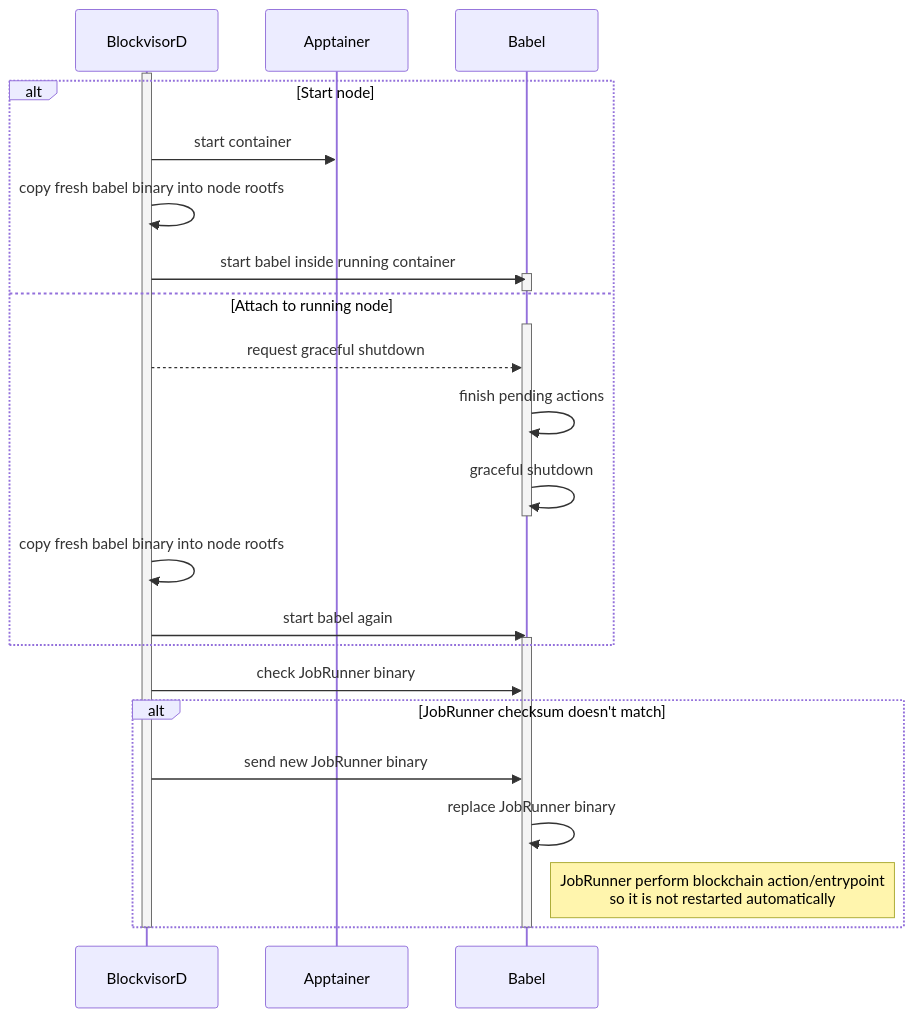
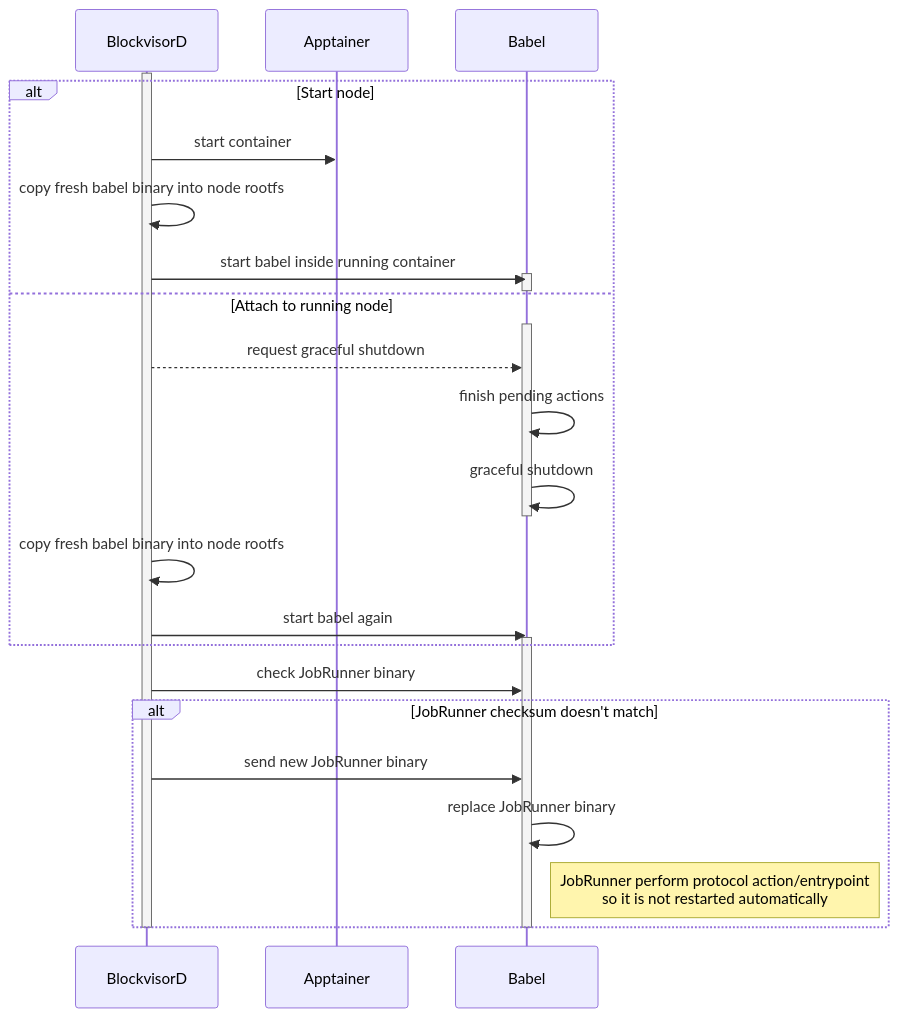
One commit to blockjoy/blockvisor changed the sixth of 6 diagrams in README.md. Above: the diagram before and after it, drawn with Mermaid. The commit also changed other lines of this file and 39 other files, not shown here.

````diff
--- a/README.md
+++ b/README.md
@@ -224,34 +224,34 @@
 ```mermaid
 sequenceDiagram
     participant bv as BlockvisorD
     participant apptainer as Apptainer
     participant babel as Babel
     
     activate bv
     alt Start node
         bv ->> apptainer: start container
         bv ->> bv: copy fresh babel binary into node rootfs
         bv ->> babel: start babel inside running container
         activate babel
     deactivate babel
     else Attach to running node
         activate babel
         bv -->> babel: request graceful shutdown
         babel ->> babel: finish pending actions
         babel ->> babel: graceful shutdown
         deactivate babel
         bv ->> bv: copy fresh babel binary into node rootfs
         bv ->> babel: start babel again
         activate babel
     end
 
     bv ->> babel: check JobRunner binary
     alt JobRunner checksum doesn't match
         bv ->> babel: send new JobRunner binary
         babel ->> babel: replace JobRunner binary
-        Note right of babel: JobRunner perform blockchain action/entrypoint<br> so it is not restarted automatically
+        Note right of babel: JobRunner perform protocol action/entrypoint<br> so it is not restarted automatically
     end
 
     deactivate babel
     deactivate bv
 ```
````
